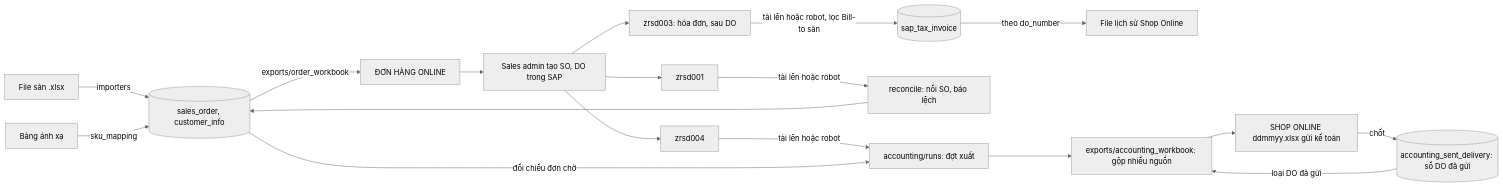
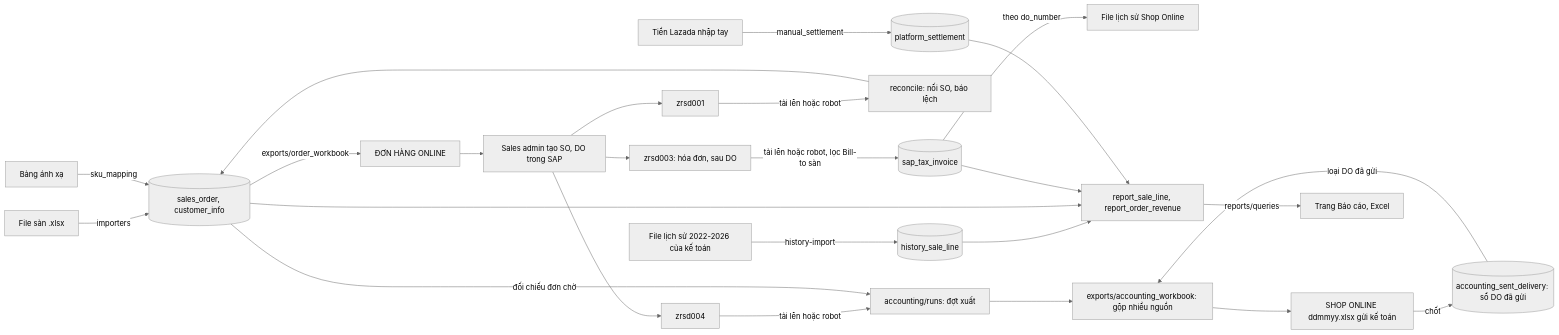
One commit to hotriluan/shoponline changed the diagram in docs/system-architecture.md. Above: the diagram before and after it, drawn with Mermaid (neutral theme). The commit also changed other lines of this file and 86 other files, not shown here.

First line of the commit message:
feat(reports): management reporting module with shop catalog, manual Lazada settlement and sales history

````diff
--- a/docs/system-architecture.md
+++ b/docs/system-architecture.md
@@ -20,20 +20,27 @@
 ```mermaid
 flowchart LR
   F[File sàn .xlsx] -->|importers| O[(sales_order, customer_info)]
   M[Bảng ánh xạ] -->|sku_mapping| O
   O -->|exports/order_workbook| D[ĐƠN HÀNG ONLINE]
   D --> SA[Sales admin tạo SO, DO trong SAP]
   SA --> R1[zrsd001]
   SA --> R4[zrsd004]
   SA --> R3[zrsd003: hóa đơn, sau DO]
   R3 -->|tải lên hoặc robot, lọc Bill-to sàn| TI[(sap_tax_invoice)]
   TI -->|theo do_number| H[File lịch sử Shop Online]
   R1 -->|tải lên hoặc robot| L[reconcile: nối SO, báo lệch]
   R4 -->|tải lên hoặc robot| RUN[accounting/runs: đợt xuất]
   RUN --> A[exports/accounting_workbook: gộp nhiều nguồn]
   L --> O
   O -->|đối chiếu đơn chờ| RUN
   A --> K[SHOP ONLINE ddmmyy.xlsx gửi kế toán]
   K -->|chốt| G[(accounting_sent_delivery: sổ DO đã gửi)]
   G -->|loại DO đã gửi| A
+  H0[File lịch sử 2022-2026 của kế toán] -->|history-import| HS[(history_sale_line)]
+  LZ[Tiền Lazada nhập tay] -->|manual_settlement| PS[(platform_settlement)]
+  HS --> V[report_sale_line, report_order_revenue]
+  O --> V
+  TI --> V
+  PS --> V
+  V -->|reports/queries| P[Trang Báo cáo, Excel]
 ```
````
